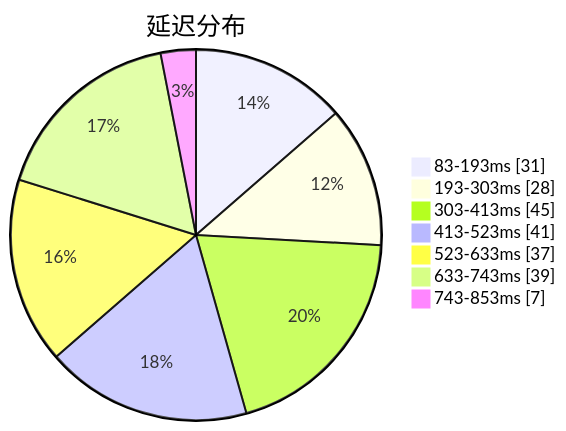
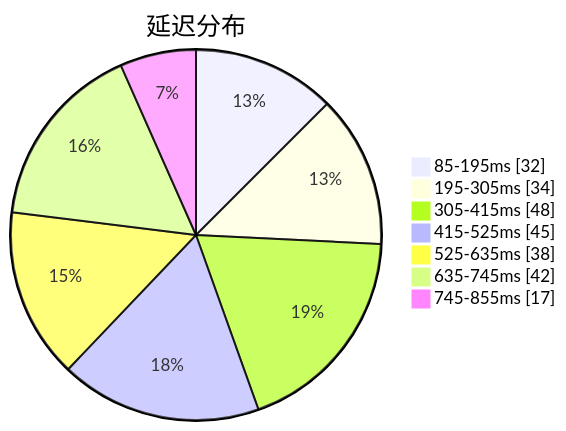
One commit to sinspired/airport changed the first of 3 diagrams in subs/statistics/tested_within.md. Above: the diagram before and after it, drawn with Mermaid. The commit also changed other lines of this file and 2 other files, not shown here.

````diff
--- a/subs/statistics/tested_within.md
+++ b/subs/statistics/tested_within.md
@@ -2,11 +2,11 @@
 ```mermaid
 pie showData
 title 延迟分布
-"83-193ms" : 31
-"193-303ms" : 28
-"303-413ms" : 45
-"413-523ms" : 41
-"523-633ms" : 37
-"633-743ms" : 39
-"743-853ms" : 7
+"85-195ms" : 32
+"195-305ms" : 34
+"305-415ms" : 48
+"415-525ms" : 45
+"525-635ms" : 38
+"635-745ms" : 42
+"745-855ms" : 17
 ```
````
